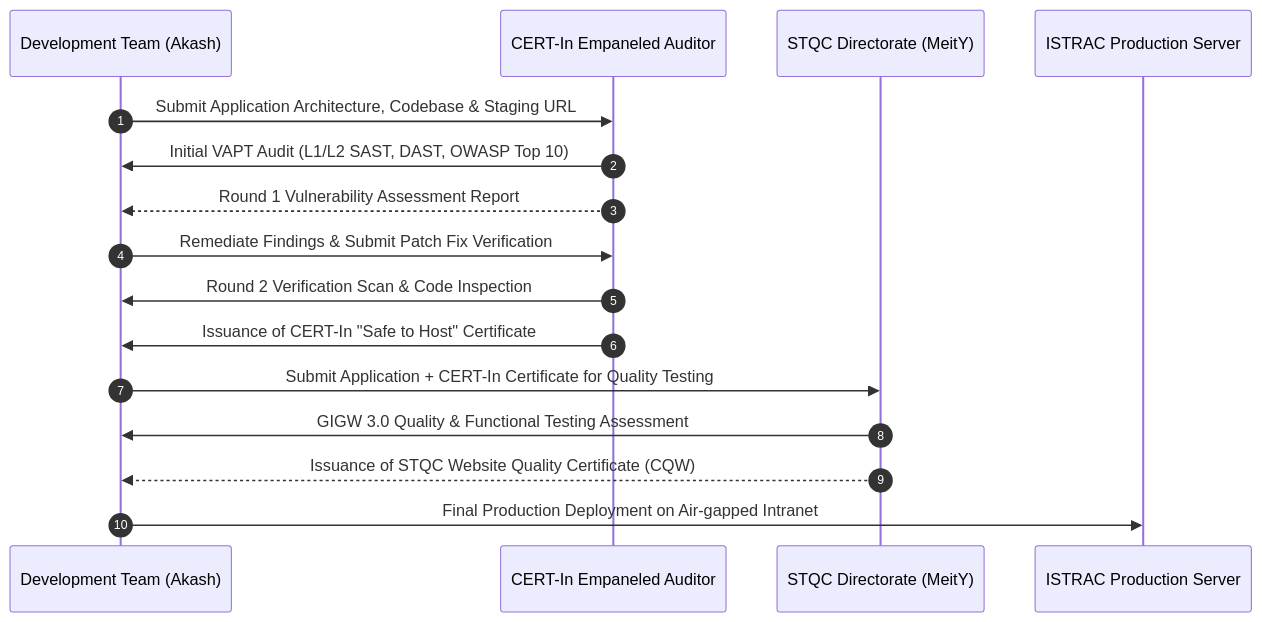
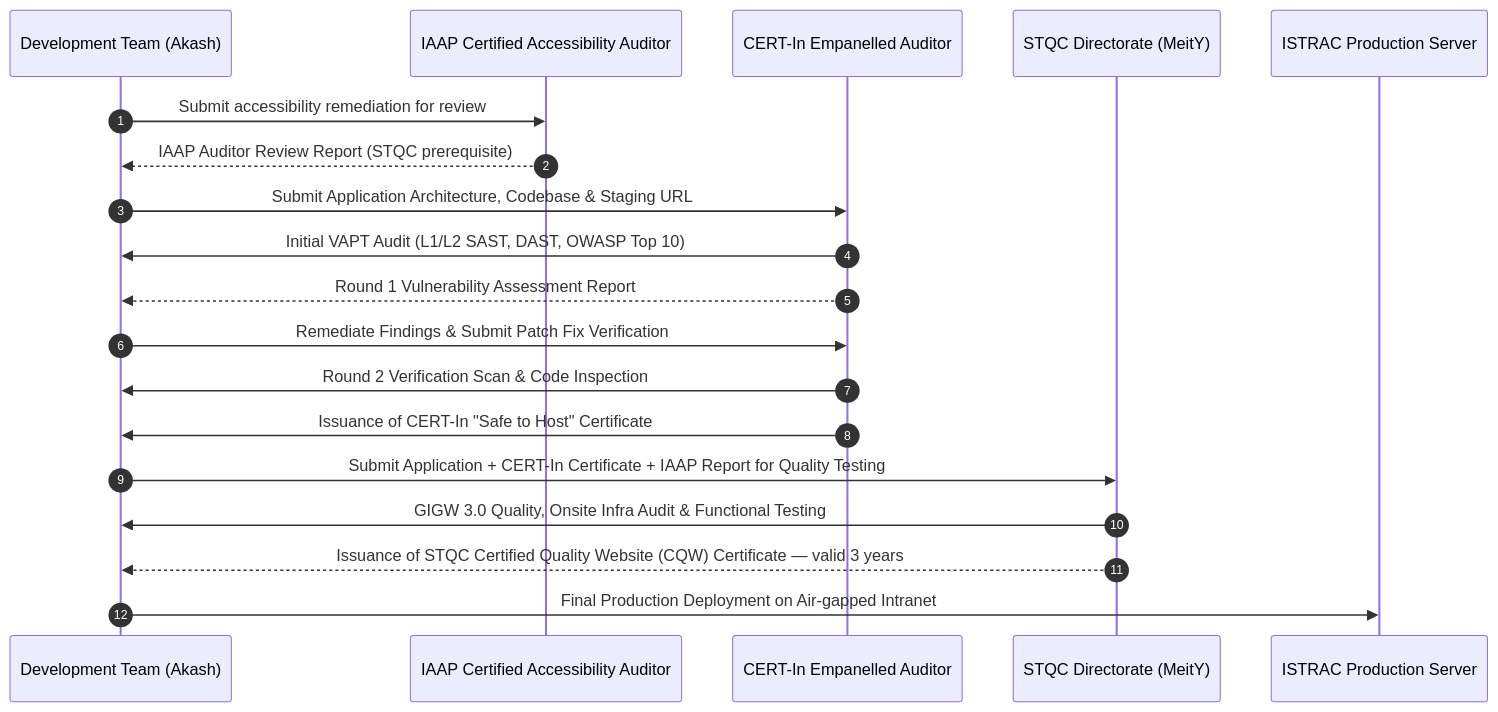
Before and after one commit to akash-vishwakarma-akashaveda/istrac-fms: the third of 5 diagrams in documents/ISRO_ISTRAC_COMPLIANCE_EVALUATION_REPORT.md, drawn with Mermaid. The commit also changed other lines of this file and 15 other files, not shown here.

````diff
--- a/documents/ISRO_ISTRAC_COMPLIANCE_EVALUATION_REPORT.md
+++ b/documents/ISRO_ISTRAC_COMPLIANCE_EVALUATION_REPORT.md
@@ -105,19 +126,22 @@
 ```mermaid
 sequenceDiagram
     autonumber
     participant DEV as Development Team (Akash)
-    participant AUD as CERT-In Empaneled Auditor
+    participant IAAP as IAAP Certified Accessibility Auditor
+    participant AUD as CERT-In Empanelled Auditor
     participant STQC as STQC Directorate (MeitY)
     participant ISRO as ISTRAC Production Server
 
+    DEV->>IAAP: Submit accessibility remediation for review
+    IAAP-->>DEV: IAAP Auditor Review Report (STQC prerequisite)
     DEV->>AUD: Submit Application Architecture, Codebase & Staging URL
     AUD->>DEV: Initial VAPT Audit (L1/L2 SAST, DAST, OWASP Top 10)
     AUD-->>DEV: Round 1 Vulnerability Assessment Report
     DEV->>AUD: Remediate Findings & Submit Patch Fix Verification
     AUD->>DEV: Round 2 Verification Scan & Code Inspection
     AUD->>DEV: Issuance of CERT-In "Safe to Host" Certificate
-    DEV->>STQC: Submit Application + CERT-In Certificate for Quality Testing
-    STQC->>DEV: GIGW 3.0 Quality & Functional Testing Assessment
-    STQC-->>DEV: Issuance of STQC Website Quality Certificate (CQW)
+    DEV->>STQC: Submit Application + CERT-In Certificate + IAAP Report for Quality Testing
+    STQC->>DEV: GIGW 3.0 Quality, Onsite Infra Audit & Functional Testing
+    STQC-->>DEV: Issuance of STQC Certified Quality Website (CQW) Certificate — valid 3 years
     DEV->>ISRO: Final Production Deployment on Air-gapped Intranet
 ```
````
